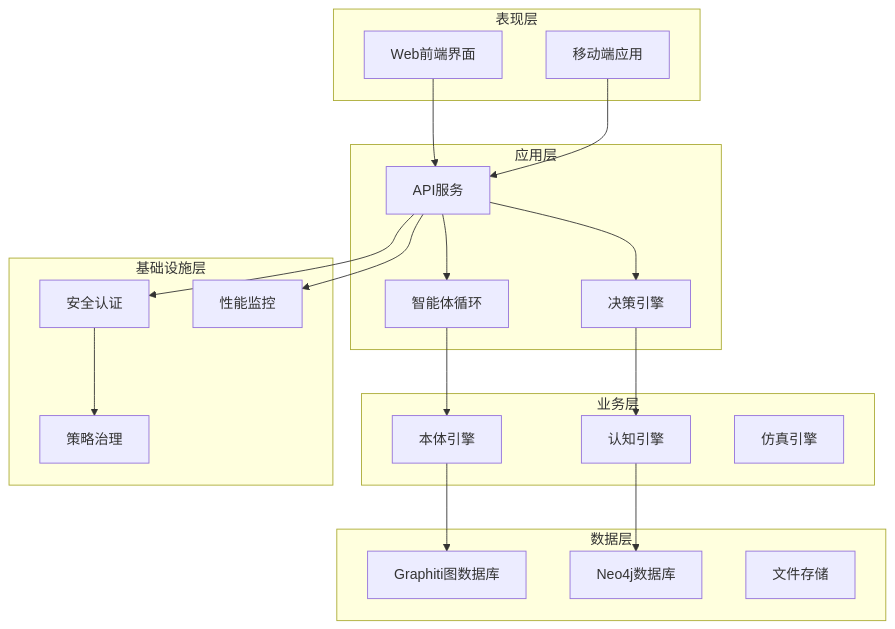
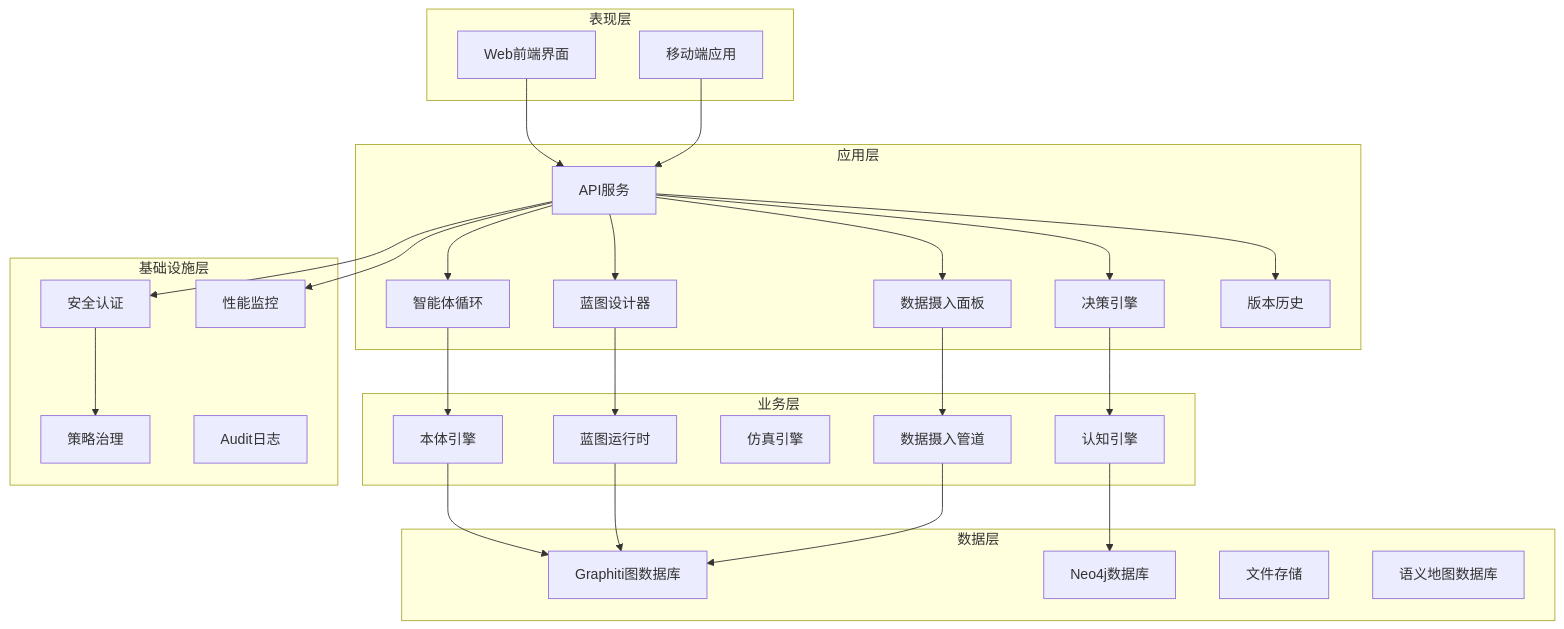
One commit to inier/ontology-graphiti changed the third of 11 diagrams in .qoder/repowiki/zh/content/核心模块/核心领域模块/本体管理系统/本体设计器系统.md. Above: the diagram before and after it, drawn with Mermaid. The commit also changed other lines of this file and 7 other files, not shown here.

First line of the commit message:
fix: 策略编辑器移除审计日志Tab + 业务规则归入语义地图

````diff
--- a/.qoder/repowiki/zh/content/核心模块/核心领域模块/本体管理系统/本体设计器系统.md
+++ b/.qoder/repowiki/zh/content/核心模块/核心领域模块/本体管理系统/本体设计器系统.md
@@ -182,38 +205,52 @@
 ```mermaid
 graph TB
 subgraph "表现层"
 WebUI[Web前端界面]
 Mobile[移动端应用]
 end
 subgraph "应用层"
 APIService[API服务]
 AgentLoop[智能体循环]
 DecisionEngine[决策引擎]
+BlueprintDesigner[蓝图设计器]
+IngestPanel[数据摄入面板]
+VersionHistory[版本历史]
 end
 subgraph "业务层"
 OntologyEngine[本体引擎]
 CognitionEngine[认知引擎]
 SimulationEngine[仿真引擎]
+BlueprintRuntime[蓝图运行时]
+IngestPipeline[数据摄入管道]
 end
 subgraph "数据层"
 GraphDB[Graphiti图数据库]
 Neo4j[Neo4j数据库]
 Storage[文件存储]
+SemanticMapDB[语义地图数据库]
 end
 subgraph "基础设施层"
 Security[安全认证]
 OPA[策略治理]
 Monitoring[性能监控]
+Audit[Audit日志]
 end
 WebUI --> APIService
 Mobile --> APIService
 APIService --> AgentLoop
 APIService --> DecisionEngine
+APIService --> BlueprintDesigner
+APIService --> IngestPanel
+APIService --> VersionHistory
 AgentLoop --> OntologyEngine
 DecisionEngine --> CognitionEngine
+BlueprintDesigner --> BlueprintRuntime
+IngestPanel --> IngestPipeline
 OntologyEngine --> GraphDB
 CognitionEngine --> Neo4j
+BlueprintRuntime --> GraphDB
+IngestPipeline --> GraphDB
 Security --> OPA
 APIService --> Security
 APIService --> Monitoring
 ```
````
